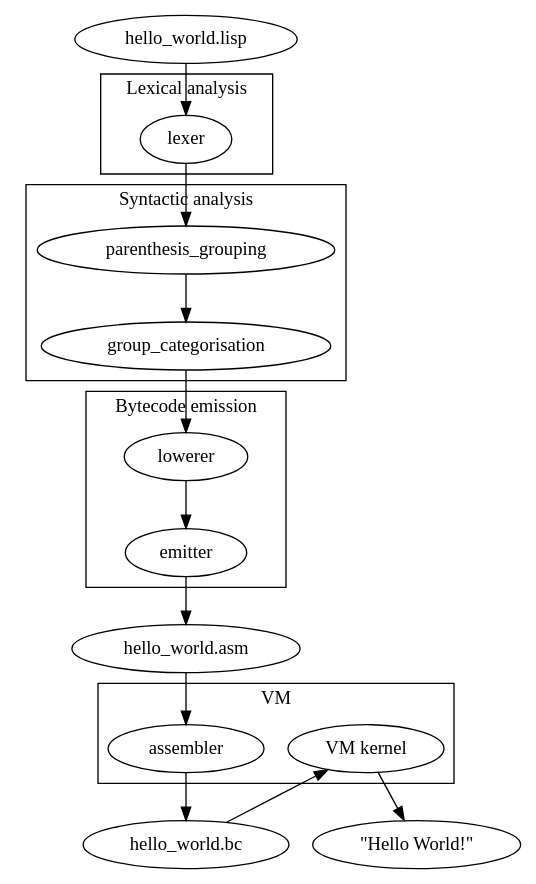
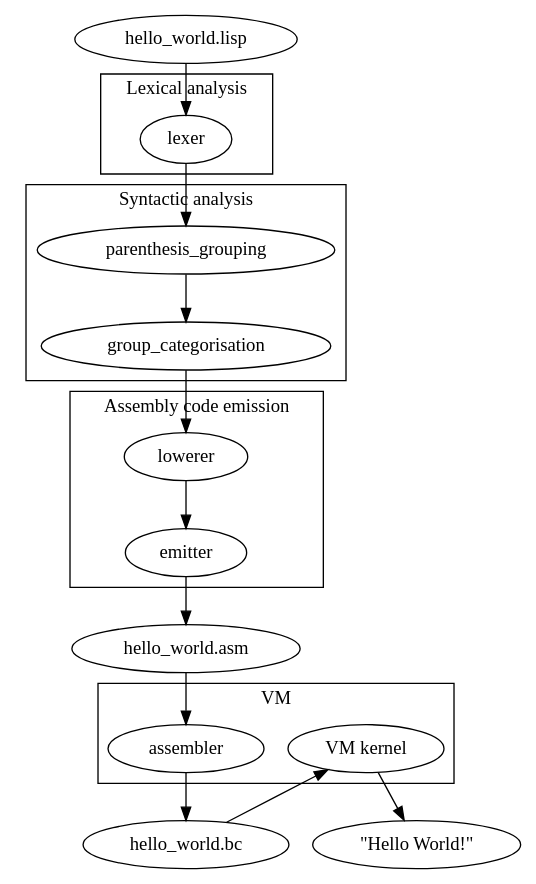
Before and after one commit to marekjm/inzynierka: the diagram in fig/viuact-pipeline.dot, drawn with Graphviz. The commit also changed 1 other file, not shown here.

```diff
--- a/fig/viuact-pipeline.dot
+++ b/fig/viuact-pipeline.dot
@@ -1,34 +1,34 @@
 digraph {
     subgraph cluster_1 {
         label="Lexical analysis";
         lexer;
     }
 
     subgraph cluster_2 {
         label="Syntactic analysis";
         parenthesis_grouping; group_categorisation;
     }
 
     subgraph cluster_3 {
-        label="Bytecode emission";
+        label="Assembly code emission";
         lowerer;
         emitter;
     }
 
     subgraph cluster_4 {
         label="VM";
         assembler;
         "VM kernel";
     }
 
     "hello_world.lisp" -> lexer;
     lexer -> parenthesis_grouping;
     parenthesis_grouping -> group_categorisation;
     group_categorisation -> lowerer;
     lowerer -> emitter;
     emitter -> "hello_world.asm";
     "hello_world.asm" -> assembler;
     assembler -> "hello_world.bc";
     "hello_world.bc" -> "VM kernel";
     "VM kernel" -> "\"Hello World!\"";
 }
```
